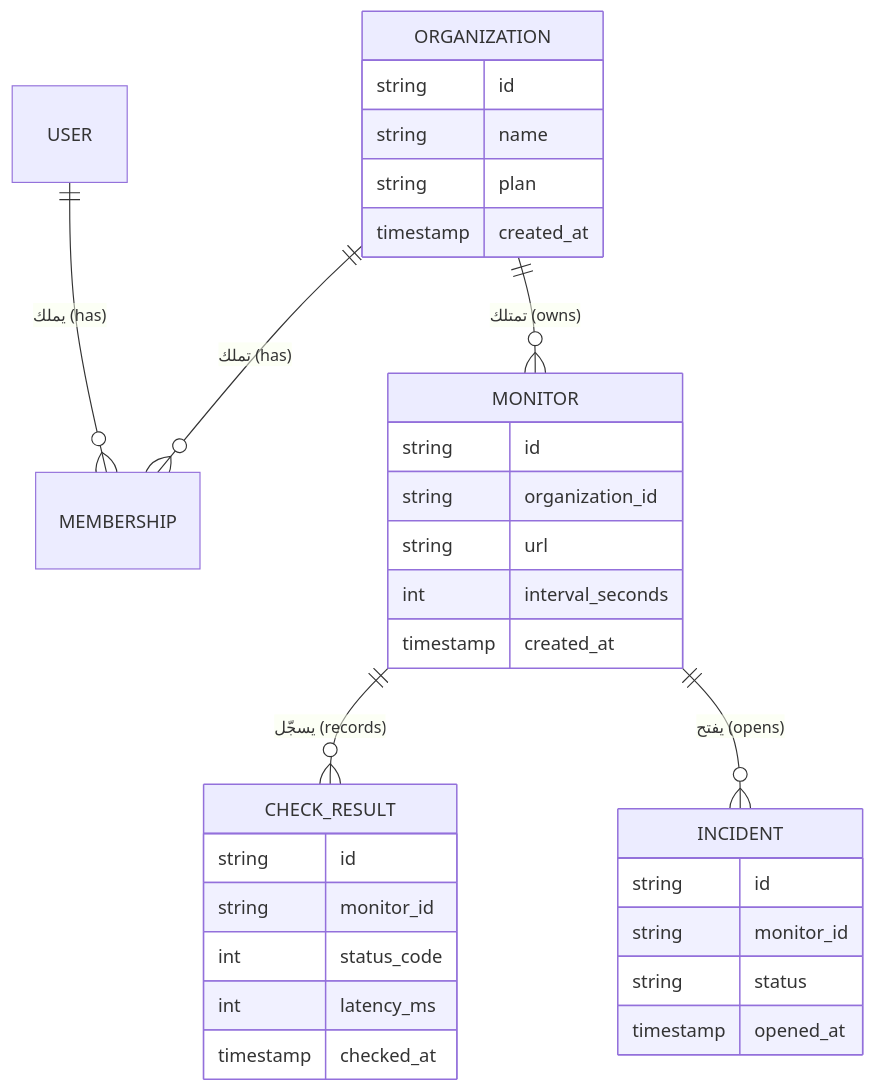
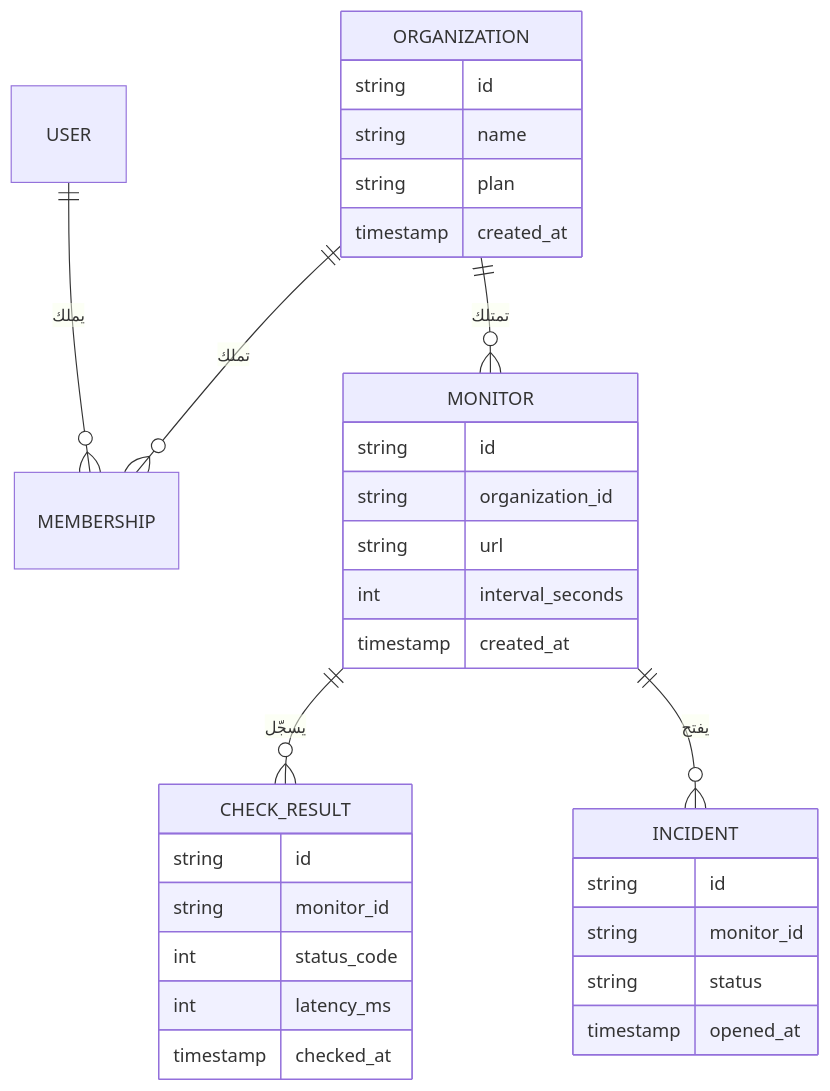
Before and after one commit to Tamoura/system-design-for-vibe-coders: the first of 9 diagrams in saas/modules/02-data.ar.md, drawn with Mermaid. The commit also changed other lines of this file and 551 other files, not shown here.

````diff
--- a/saas/modules/02-data.ar.md
+++ b/saas/modules/02-data.ar.md
@@ -46,34 +46,34 @@
 ```mermaid
 erDiagram
-    ORGANIZATION ||--o{ MEMBERSHIP : "تملك (has)"
-    USER ||--o{ MEMBERSHIP : "يملك (has)"
-    ORGANIZATION ||--o{ MONITOR : "تمتلك (owns)"
-    MONITOR ||--o{ CHECK_RESULT : "يسجّل (records)"
-    MONITOR ||--o{ INCIDENT : "يفتح (opens)"
+    ORGANIZATION ||--o{ MEMBERSHIP : "تملك"
+    USER ||--o{ MEMBERSHIP : "يملك"
+    ORGANIZATION ||--o{ MONITOR : "تمتلك"
+    MONITOR ||--o{ CHECK_RESULT : "يسجّل"
+    MONITOR ||--o{ INCIDENT : "يفتح"
     ORGANIZATION {
         string id
         string name
         string plan
         timestamp created_at
     }
     MONITOR {
         string id
         string organization_id
         string url
         int interval_seconds
         timestamp created_at
     }
     CHECK_RESULT {
         string id
         string monitor_id
         int status_code
         int latency_ms
         timestamp checked_at
     }
     INCIDENT {
         string id
         string monitor_id
         string status
         timestamp opened_at
     }
 ```
````
